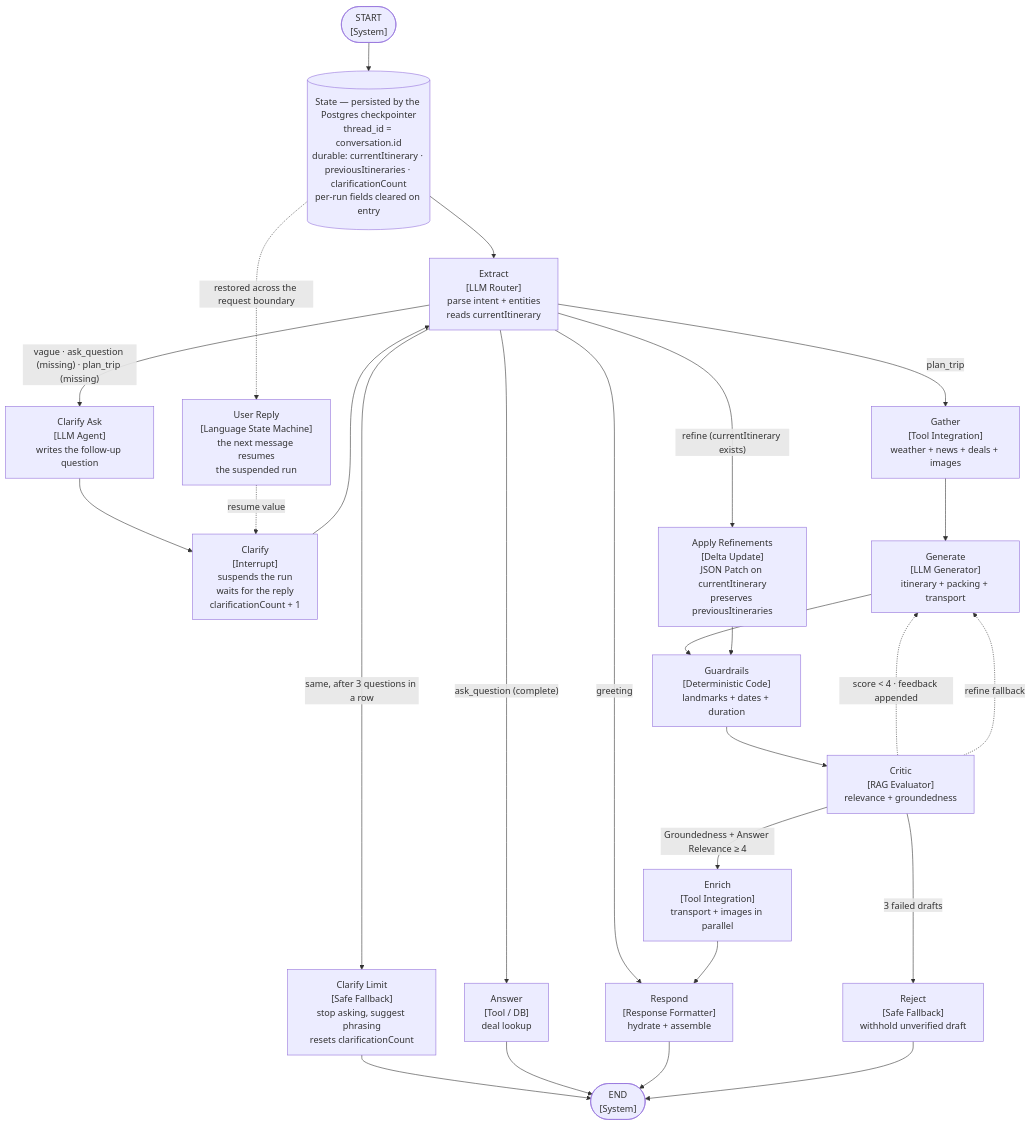
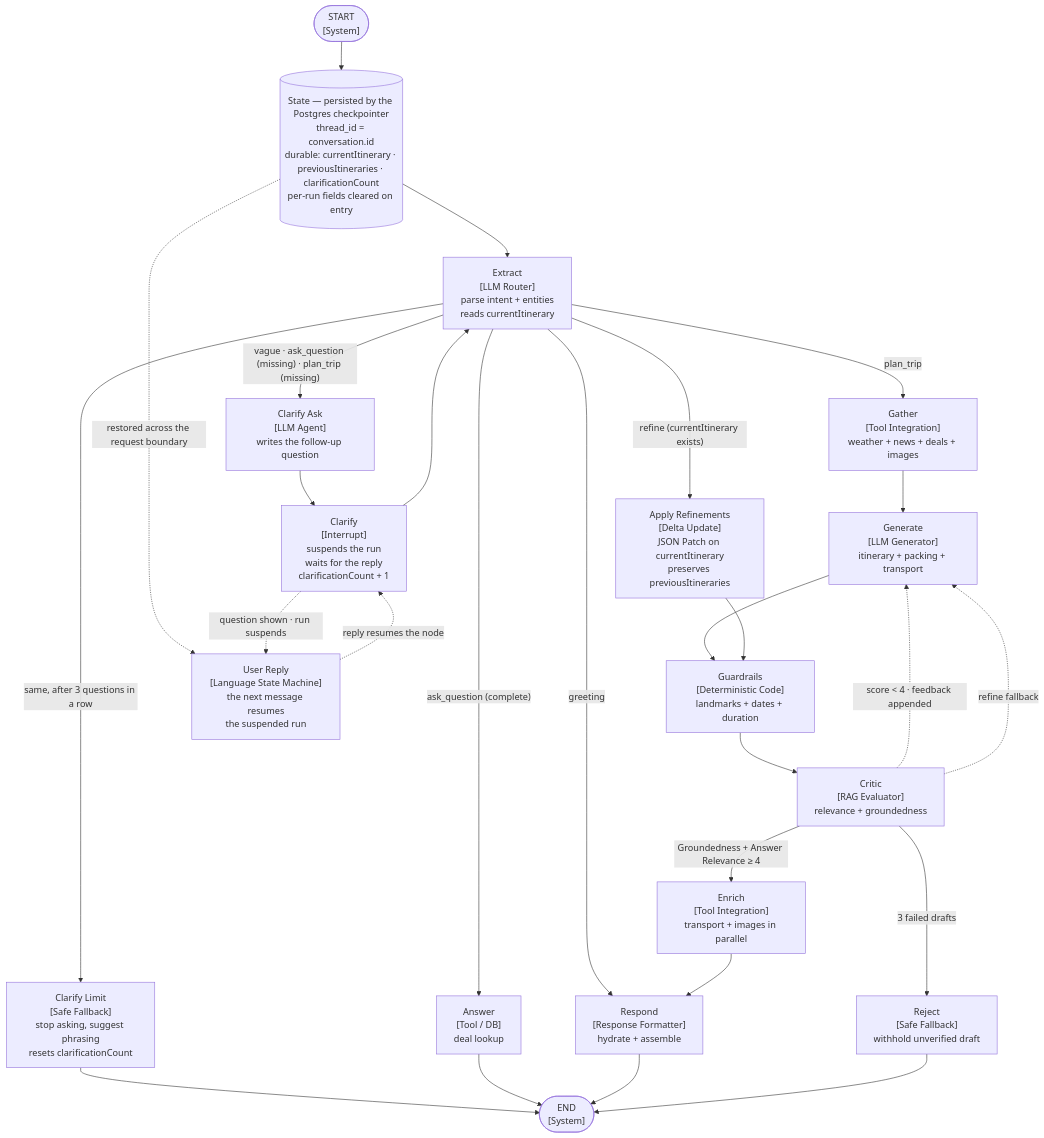
One commit to hadileonard08/jalan changed the diagram in README.md. Above: the diagram before and after it, drawn with Mermaid. The commit also changed 1 other file, not shown here.

Commit message:
README: draw both halves of the clarify/user exchange.
The diagram showed the reply coming back (userReply -> clarify) but never the
question going out, so the round trip with the human looked one-directional.
Adds clarify -.-> userReply labelled "question shown - run suspends".

Generated with [Devin](https://devin.ai)

````diff
--- a/README.md
+++ b/README.md
@@ -66,68 +66,69 @@
 ```mermaid
 flowchart TD
     START(["START<br/>[System]"])
     END(["END<br/>[System]"])
 
     state[("State — persisted by the Postgres checkpointer<br/>thread_id = conversation.id<br/>durable: currentItinerary · previousItineraries · clarificationCount<br/>per-run fields cleared on entry")]
     extract["Extract<br/>[LLM Router]<br/>parse intent + entities<br/>reads currentItinerary"]
     clarifyAsk["Clarify Ask<br/>[LLM Agent]<br/>writes the follow-up question"]
     clarify["Clarify<br/>[Interrupt]<br/>suspends the run<br/>waits for the reply<br/>clarificationCount + 1"]
     clarifyLimit["Clarify Limit<br/>[Safe Fallback]<br/>stop asking, suggest phrasing<br/>resets clarificationCount"]
     gather["Gather<br/>[Tool Integration]<br/>weather + news + deals + images"]
     generate["Generate<br/>[LLM Generator]<br/>itinerary + packing + transport"]
     applyRefinements["Apply Refinements<br/>[Delta Update]<br/>JSON Patch on currentItinerary<br/>preserves previousItineraries"]
     guardrails["Guardrails<br/>[Deterministic Code]<br/>landmarks + dates + duration"]
     critic["Critic<br/>[RAG Evaluator]<br/>relevance + groundedness"]
     enrich["Enrich<br/>[Tool Integration]<br/>transport + images in parallel"]
     answer["Answer<br/>[Tool / DB]<br/>deal lookup"]
     respond["Respond<br/>[Response Formatter]<br/>hydrate + assemble"]
     reject["Reject<br/>[Safe Fallback]<br/>withhold unverified draft"]
     userReply["User Reply<br/>[Language State Machine]<br/>the next message resumes<br/>the suspended run"]
 
     %% Entry — the thread's state is restored before Extract runs
     START --> state
     state --> extract
 
     %% Persistence: the checkpointer saves state after every step (when one is
     %% configured), so a suspended run continues on the next request.
     state -.->|"restored across the request boundary"| userReply
 
     %% Extract routing — consolidated labels to avoid overlap
     extract -->|"greeting"| respond
     extract -->|"vague · ask_question (missing) · plan_trip (missing)"| clarifyAsk
     extract -->|"same, after 3 questions in a row"| clarifyLimit
     extract -->|"ask_question (complete)"| answer
     extract -->|"plan_trip"| gather
     extract -->|"refine (currentItinerary exists)"| applyRefinements
 
     %% Direct answers and the loop-guard fallback are final responses
     clarifyLimit --> END
     answer --> END
 
     %% The clarification loop, entirely inside the graph: Clarify Ask writes the
     %% question, Clarify suspends the run with interrupt(), and the user's reply
     %% resumes it straight back into Extract — up to MAX_CLARIFICATIONS = 3 in a
     %% row, after which the router diverts to Clarify Limit.
     clarifyAsk --> clarify
     clarify --> extract
-    userReply -.->|"resume value"| clarify
+    clarify -.->|"question shown · run suspends"| userReply
+    userReply -.->|"reply resumes the node"| clarify
 
     %% Main pipeline — Gather clears the clarification streak
     gather --> generate
     generate --> guardrails
     applyRefinements --> guardrails
     guardrails --> critic
 
     %% Critic routing — approval goes to enrichment; rejection loops back to generation
     critic -->|"Groundedness + Answer Relevance ≥ 4"| enrich
     critic -.->|"score < 4 · feedback appended"| generate
     critic -.->|"refine fallback"| generate
     critic -->|"3 failed drafts"| reject
 
     %% Enrichment runs transport + images concurrently, then responds
     enrich --> respond
 
     %% Terminal
     respond --> END
     reject --> END
 ```
````
